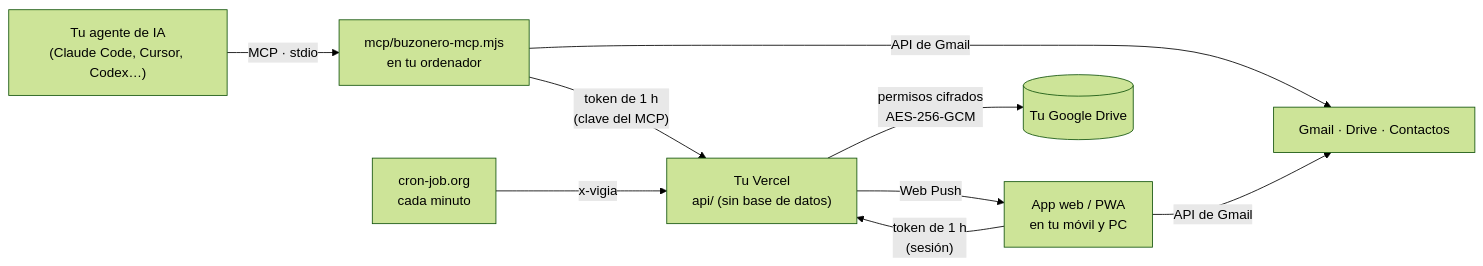
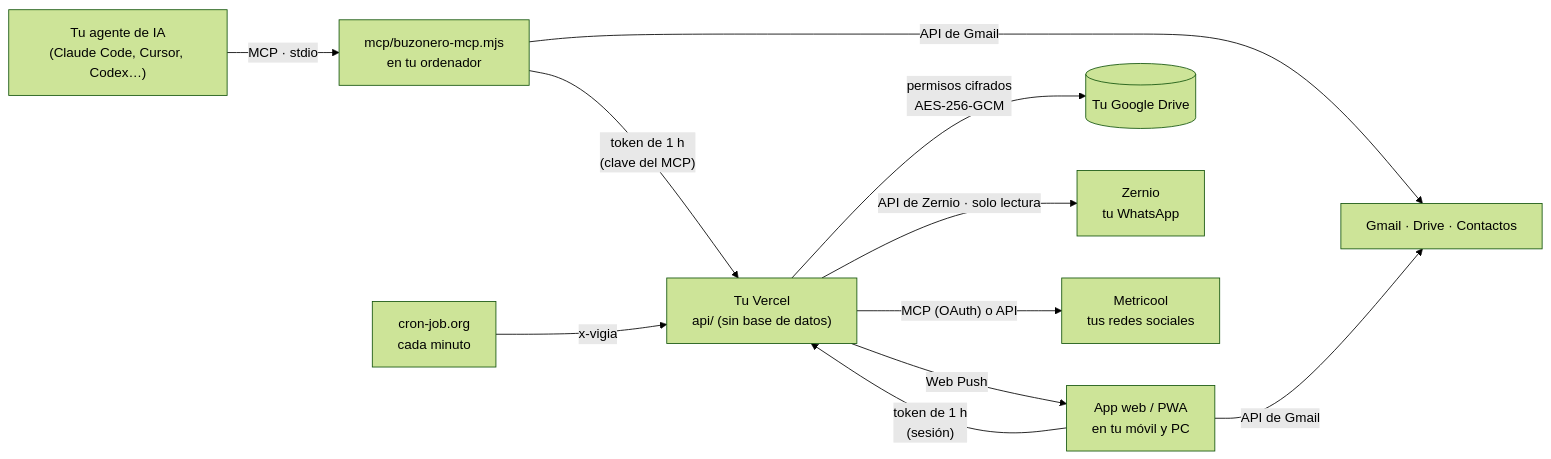
The diagram in README.md (alerl25/buzonero-campillero), drawn with Mermaid (forest theme) before and after one commit. The commit also changed other lines of this file and 21 other files, not shown here.

Commit message:
v1.17.1: documentacion al dia (WhatsApp, CRM, Integraciones, Redes sociales/Metricool), capturas nuevas y MCP de 39 herramientas

````diff
--- a/README.md
+++ b/README.md
@@ -179,11 +248,13 @@
 ```mermaid
 flowchart LR
   A["Tu agente de IA<br/>(Claude Code, Cursor, Codex…)"] -- "MCP · stdio" --> M["mcp/buzonero-mcp.mjs<br/>en tu ordenador"]
   M -- "token de 1 h<br/>(clave del MCP)" --> V["Tu Vercel<br/>api/ (sin base de datos)"]
   W["App web / PWA<br/>en tu móvil y PC"] -- "token de 1 h<br/>(sesión)" --> V
   V -- "permisos cifrados<br/>AES-256-GCM" --> D[("Tu Google Drive")]
   M -- "API de Gmail" --> G["Gmail · Drive · Contactos"]
   W -- "API de Gmail" --> G
   C["cron-job.org<br/>cada minuto"] -- "x-vigia" --> V
   V -- "Web Push" --> W
+  V -- "API de Zernio · solo lectura" --> Z["Zernio<br/>tu WhatsApp"]
+  V -- "MCP (OAuth) o API" --> T["Metricool<br/>tus redes sociales"]
 ```
````
